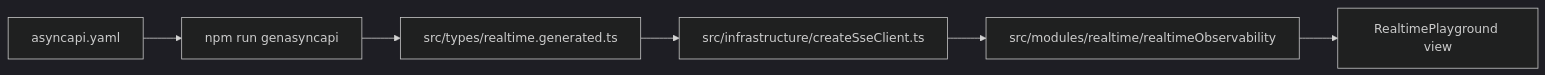
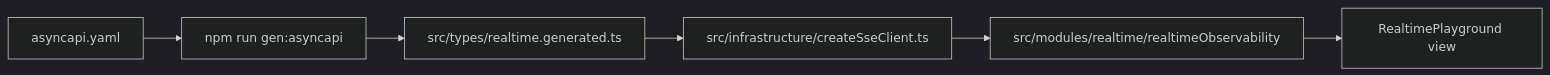
One commit to Guebbit/boilerplate-vue-frontend changed the third of 6 diagrams in README.md. Above: the diagram before and after it, drawn with Mermaid (dark theme). The commit also changed other lines of this file and 51 other files, not shown here.

````diff
--- a/README.md
+++ b/README.md
@@ -423,8 +423,8 @@
 ```mermaid
 flowchart LR
-    A[asyncapi.yaml] --> G[npm run genasyncapi]
+    A[asyncapi.yaml] --> G[npm run gen:asyncapi]
     G --> T[src/types/realtime.generated.ts]
     T --> C[src/infrastructure/createSseClient.ts]
     C --> S[src/modules/realtime/realtimeObservability]
     S --> V[RealtimePlayground view]
 ```
````
